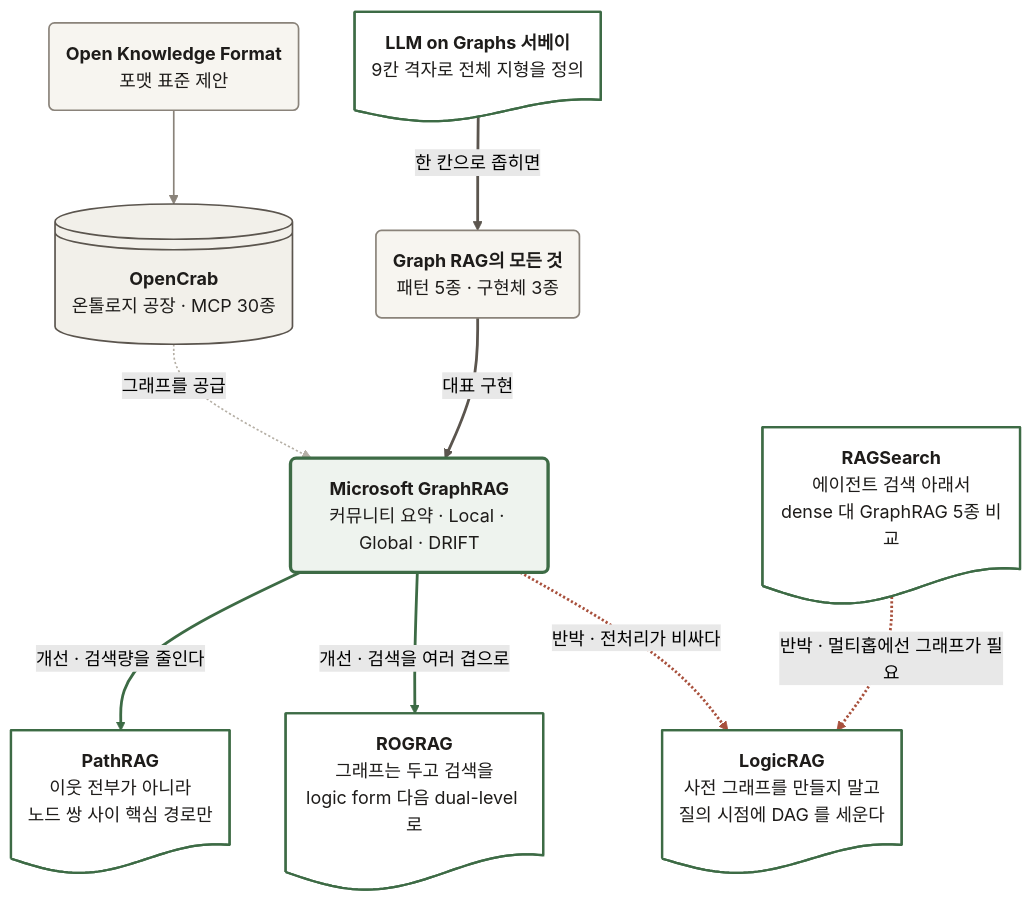
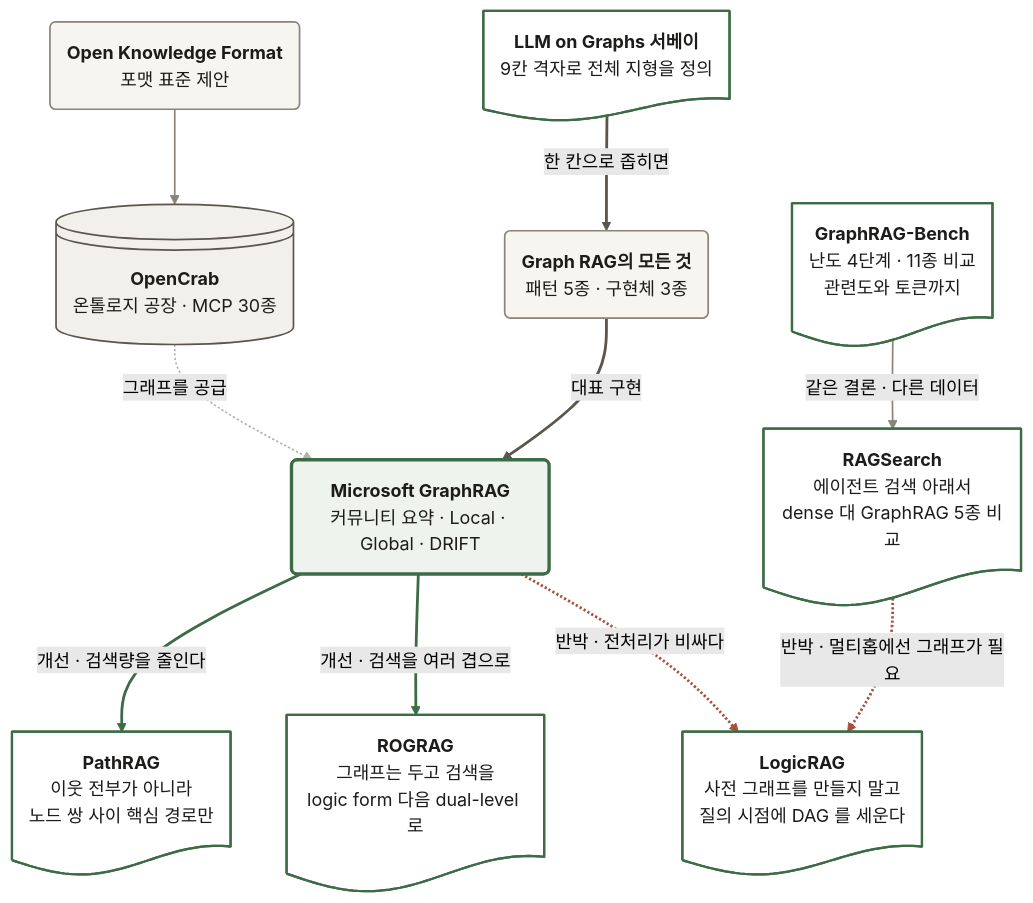
The second of 3 diagrams in readings/_maps/graphrag_지식지도.md (workdd/I_AM_ML_Engineer), drawn with Mermaid (forest theme) before and after one commit. The commit also changed other lines of this file and 3 other files, not shown here.

First line of the commit message:
docs: GraphRAG-Bench(When to use Graphs in RAG) 논문 정리

````diff
--- a/readings/_maps/graphrag_지식지도.md
+++ b/readings/_maps/graphrag_지식지도.md
@@ -56,38 +56,41 @@
 ```mermaid
 flowchart TB
   SUR@{ shape: doc, label: "**LLM on Graphs 서베이**<br/>9칸 격자로 전체 지형을 정의" }
   LAND@{ shape: rounded, label: "**Graph RAG의 모든 것**<br/>패턴 5종 · 구현체 3종" }
   MS@{ shape: rounded, label: "**Microsoft GraphRAG**<br/>커뮤니티 요약 · Local · Global · DRIFT" }
   LOGIC@{ shape: doc, label: "**LogicRAG**<br/>사전 그래프를 만들지 말고<br/>질의 시점에 DAG 를 세운다" }
   ROG@{ shape: doc, label: "**ROGRAG**<br/>그래프는 두고 검색을<br/>logic form 다음 dual-level 로" }
   OKF@{ shape: rounded, label: "**Open Knowledge Format**<br/>포맷 표준 제안" }
   CRAB@{ shape: lin-cyl, label: "**OpenCrab**<br/>온톨로지 공장 · MCP 30종" }
   PATH@{ shape: doc, label: "**PathRAG**<br/>이웃 전부가 아니라<br/>노드 쌍 사이 핵심 경로만" }
+  GB@{ shape: doc, label: "**GraphRAG-Bench**<br/>난도 4단계 · 11종 비교<br/>관련도와 토큰까지" }
   RSB@{ shape: doc, label: "**RAGSearch**<br/>에이전트 검색 아래서<br/>dense 대 GraphRAG 5종 비교" }
 
   SUR ==>|"한 칸으로 좁히면"| LAND
   LAND ==>|"대표 구현"| MS
   MS -.->|"반박 · 전처리가 비싸다"| LOGIC
   MS -->|"개선 · 검색을 여러 겹으로"| ROG
   OKF --> CRAB
   CRAB -.->|"그래프를 공급"| MS
   MS -->|"개선 · 검색량을 줄인다"| PATH
   RSB -.->|"반박 · 멀티홉에선 그래프가 필요"| LOGIC
+  GB -->|"같은 결론 · 다른 데이터"| RSB
 
   linkStyle 0,1 stroke:#5b554e,stroke-width:2.5px
   linkStyle 2 stroke:#a8503c,stroke-width:2.5px
   linkStyle 3 stroke:#3d6b45,stroke-width:2.5px
   linkStyle 4 stroke:#8a837a,stroke-width:1.5px
   linkStyle 5 stroke:#b6b0a6,stroke-width:1.5px
   linkStyle 6 stroke:#3d6b45,stroke-width:2.5px
   linkStyle 7 stroke:#a8503c,stroke-width:2.5px
+  linkStyle 8 stroke:#8a837a,stroke-width:1.5px
 
   classDef paper fill:#ffffff,stroke:#3d6b45,stroke-width:2px,color:#1e1c1a
   classDef blog  fill:#f7f5f0,stroke:#8a837a,stroke-width:1.5px,color:#1e1c1a
   classDef repo  fill:#f2f0ea,stroke:#5b554e,stroke-width:1.5px,color:#1e1c1a
   classDef base  fill:#eef3ee,stroke:#3d6b45,stroke-width:3px,color:#1e1c1a
-  class SUR,LOGIC,ROG,PATH,RSB paper
+  class SUR,LOGIC,ROG,PATH,RSB,GB paper
   class LAND,OKF blog
   class CRAB repo
   class MS base
 ```
````
